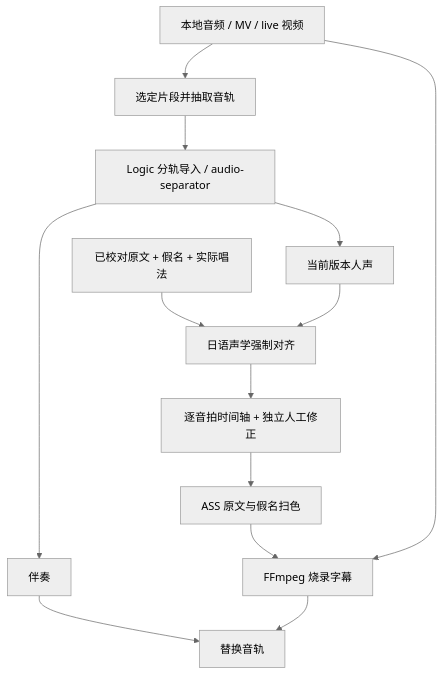
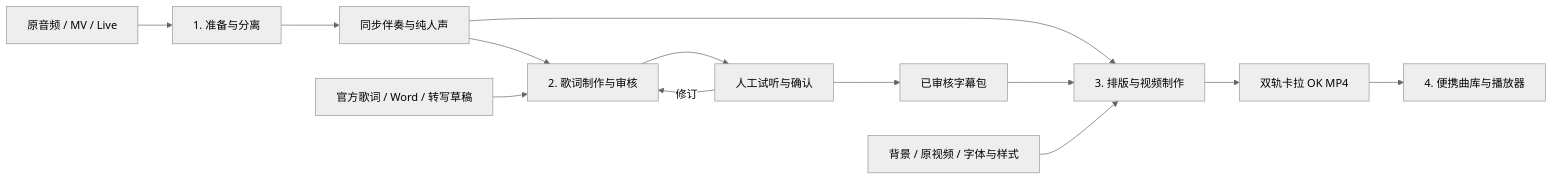
The diagram in docs/pipeline.md (frip-fans/auto-karaoke), drawn with Mermaid (neutral theme) before and after one commit. The commit also changed other lines of this file and 37 other files, not shown here.

````diff
--- a/docs/pipeline.md
+++ b/docs/pipeline.md
@@ -5,15 +14,15 @@
 ```mermaid
-flowchart TD
-    A[本地音频 / MV / live 视频] --> B[选定片段并抽取音轨]
-    B --> C[Logic 分轨导入 / audio-separator]
-    C --> D[当前版本人声]
-    E[已校对原文 + 假名 + 实际唱法] --> F[日语声学强制对齐]
-    D --> F
-    F --> G[逐音拍时间轴 + 独立人工修正]
-    G --> H[ASS 原文与假名扫色]
-    H --> I[FFmpeg 烧录字幕]
-    A --> I
-    C --> J[伴奏]
-    J --> K[替换音轨]
-    I --> K
+flowchart LR
+    A[原音频 / MV / Live] --> S[1. 准备与分离]
+    S --> B[同步伴奏与纯人声]
+    B --> E[2. 歌词制作与审核]
+    L[官方歌词 / Word / 转写草稿] --> E
+    E --> H[人工试听与确认]
+    H -->|修订| E
+    H --> J[已审核字幕包]
+    B --> R[3. 排版与视频制作]
+    J --> R
+    V[背景 / 原视频 / 字体与样式] --> R
+    R --> M[双轨卡拉 OK MP4]
+    M --> P[4. 便携曲库与播放器]
 ```
````
